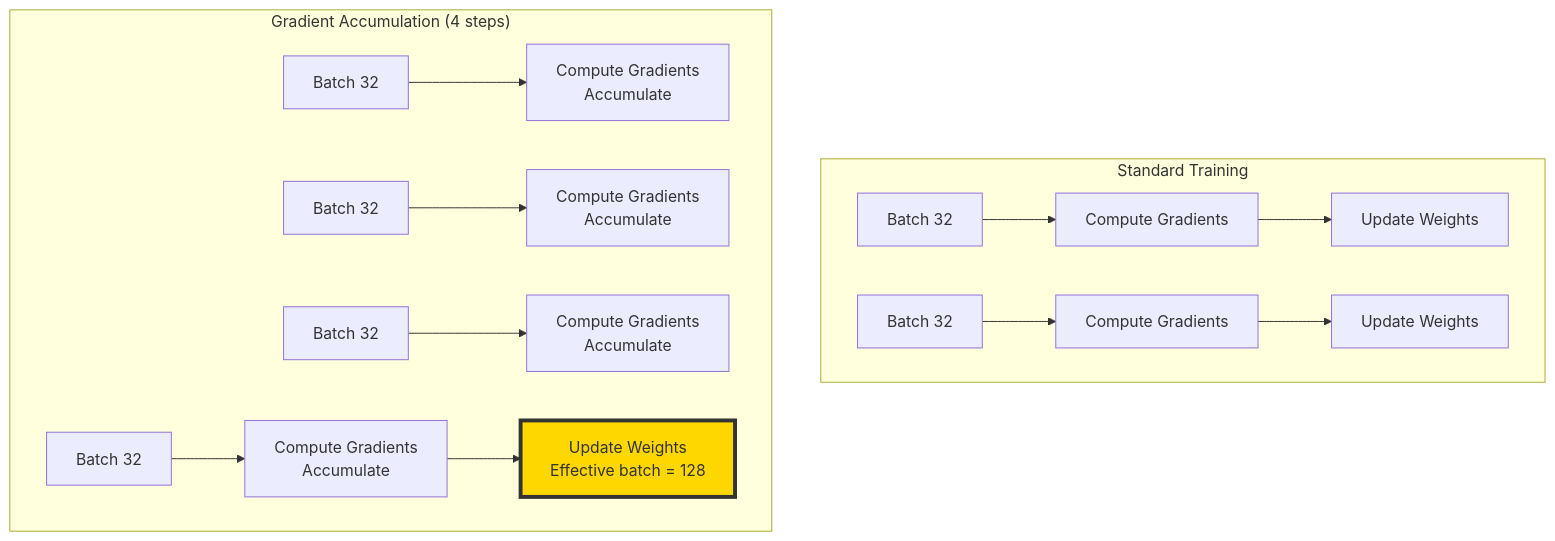
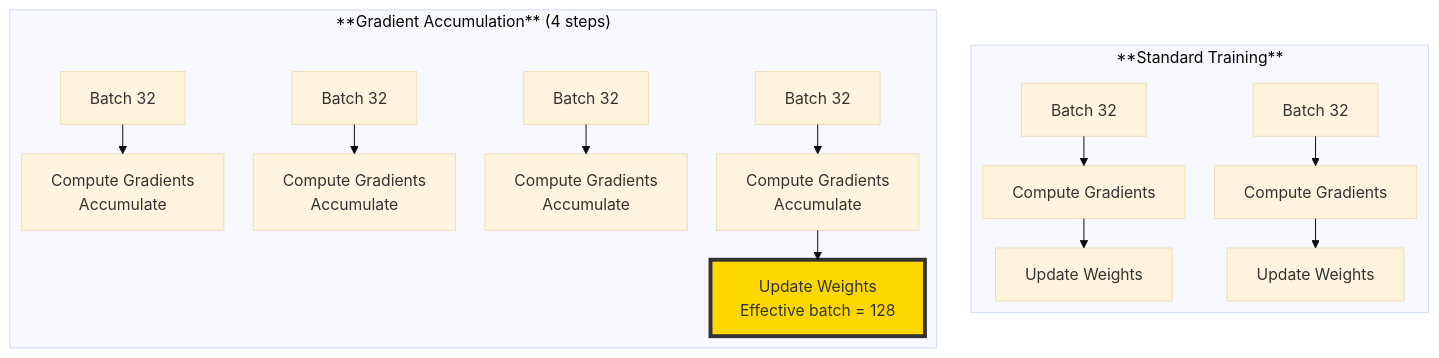
The second of 4 diagrams in The 2026 AI Metromap/The 2026 AI Metromap: Training Strategies – Learning Rate Scheduling & Beyond.md (Vineet-Sharma-Medium-Stories/Medium-Build-Tool), drawn with Mermaid before and after one commit. The commit also changed other lines of this file and 37 other files, not shown here.

````diff
--- a/The 2026 AI Metromap/The 2026 AI Metromap: Training Strategies – Learning Rate Scheduling & Beyond.md
+++ b/The 2026 AI Metromap/The 2026 AI Metromap: Training Strategies – Learning Rate Scheduling & Beyond.md
@@ -282,19 +287,24 @@
 ```mermaid
+---
+config:
+  theme: base
+  layout: elk
+---
 graph TD
-    subgraph "Standard Training"
+    subgraph "**Standard Training**"
         B1[Batch 32] --> G1[Compute Gradients]
         G1 --> U1[Update Weights]
         B2[Batch 32] --> G2[Compute Gradients]
         G2 --> U2[Update Weights]
     end
     
-    subgraph "Gradient Accumulation (4 steps)"
+    subgraph "**Gradient Accumulation** (4 steps)"
         B1b[Batch 32] --> G1b[Compute Gradients<br/>Accumulate]
         B2b[Batch 32] --> G2b[Compute Gradients<br/>Accumulate]
         B3b[Batch 32] --> G3b[Compute Gradients<br/>Accumulate]
         B4b[Batch 32] --> G4b[Compute Gradients<br/>Accumulate]
         G4b --> U[Update Weights<br/>Effective batch = 128]
     end
     
     style U fill:#ffd700,stroke:#333,stroke-width:4px
 ```
````
